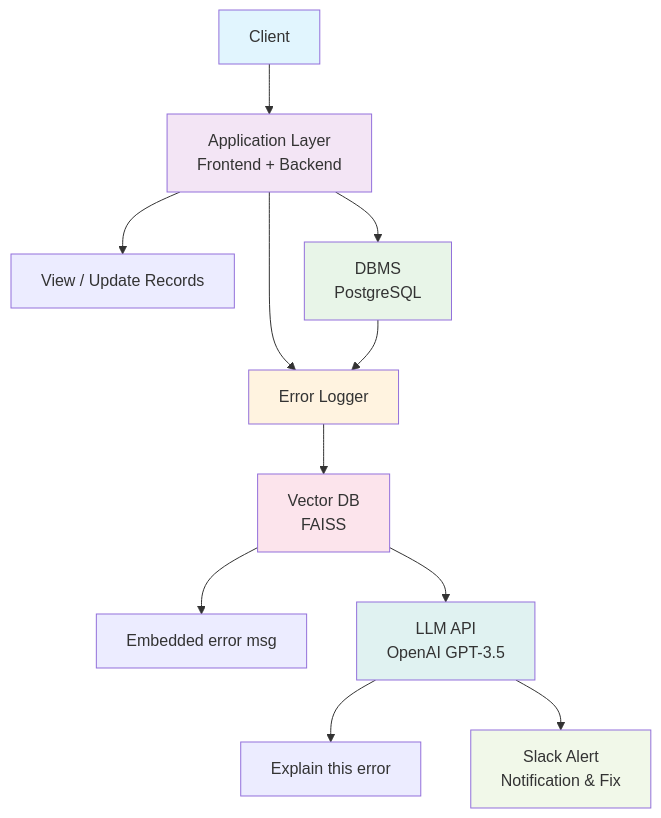
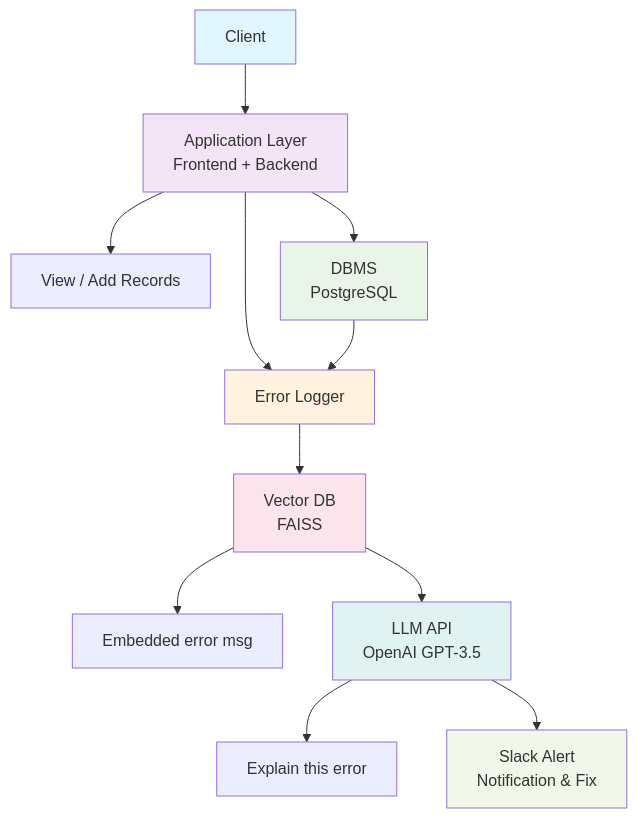
Before and after one commit to Siddhanta22/Self-Healing-System: the diagram in README.md, drawn with Mermaid. The commit also changed other lines of this file, not shown here.

First line of the commit message:
Fix README drift: schema and architecture no longer matched live system

````diff
--- a/README.md
+++ b/README.md
@@ -37,21 +37,21 @@
 ```mermaid
 graph TD
     A[Client] --> B[Application Layer<br/>Frontend + Backend]
-    B --> C[View / Update Records]
+    B --> C[View / Add Records]
     B --> D[DBMS<br/>PostgreSQL]
     B --> E[Error Logger]
     D --> E
     E --> F[Vector DB<br/>FAISS]
     F --> G[Embedded error msg]
     F --> H[LLM API<br/>OpenAI GPT-3.5]
     H --> I[Explain this error]
     H --> J[Slack Alert<br/>Notification & Fix]
     
     style A fill:#e1f5fe
     style B fill:#f3e5f5
     style D fill:#e8f5e8
     style E fill:#fff3e0
     style F fill:#fce4ec
     style H fill:#e0f2f1
     style J fill:#f1f8e9
 ```
````
